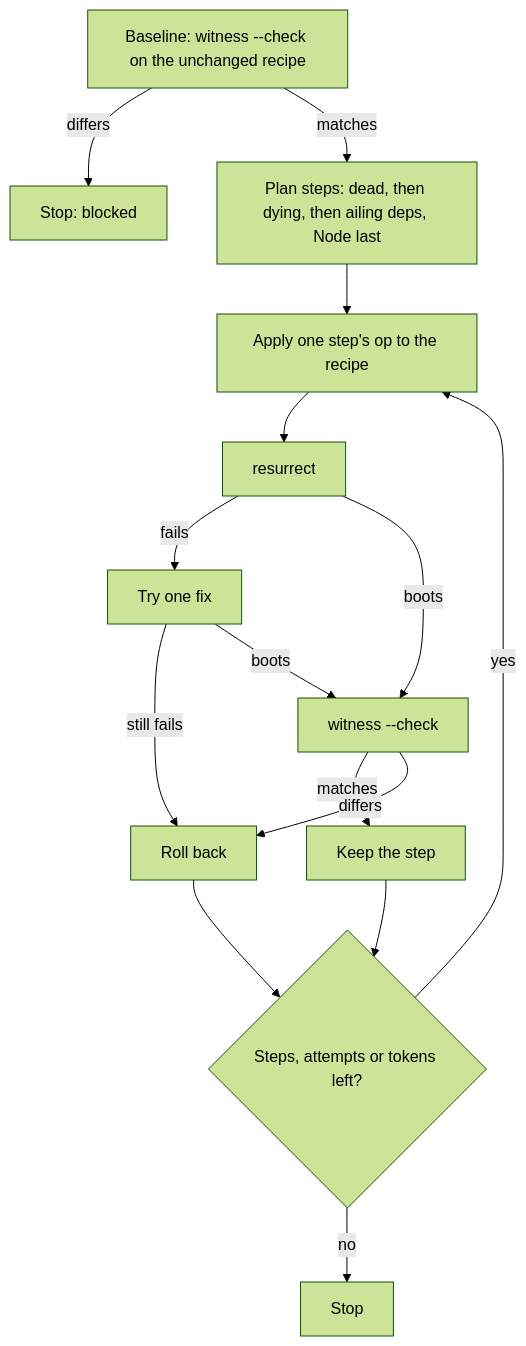
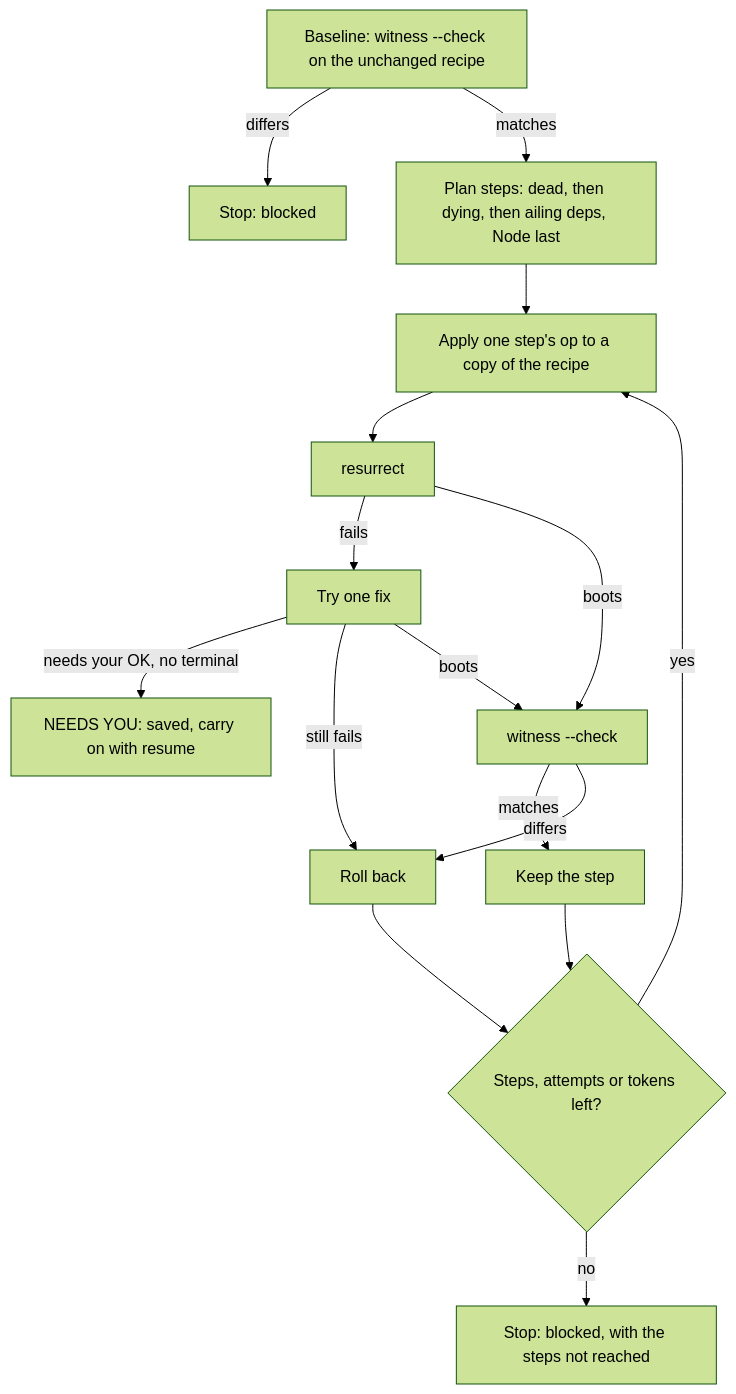
Before and after one commit to tttmaximttt/legacy-necromancer: the second of 2 diagrams in README.md, drawn with Mermaid (forest theme). The commit also changed other lines of this file, not shown here.

````diff
--- a/README.md
+++ b/README.md
@@ -120,17 +121,18 @@
 ```mermaid
 flowchart TD
     A["Baseline: witness --check on the unchanged recipe"] -- differs --> X["Stop: blocked"]
     A -- matches --> P["Plan steps: dead, then dying, then ailing deps, Node last"]
-    P --> S["Apply one step's op to the recipe"]
+    P --> S["Apply one step's op to a copy of the recipe"]
     S --> R["resurrect"]
     R -- fails --> F["Try one fix"]
+    F -- "needs your OK, no terminal" --> Y["NEEDS YOU: saved, carry on with resume"]
     F -- still fails --> B["Roll back"]
     F -- boots --> W["witness --check"]
     R -- boots --> W
     W -- matches --> K["Keep the step"]
     W -- differs --> B
     K --> N{"Steps, attempts or tokens left?"}
     B --> N
     N -- yes --> S
-    N -- no --> E["Stop"]
+    N -- no --> E["Stop: blocked, with the steps not reached"]
 ```
````
